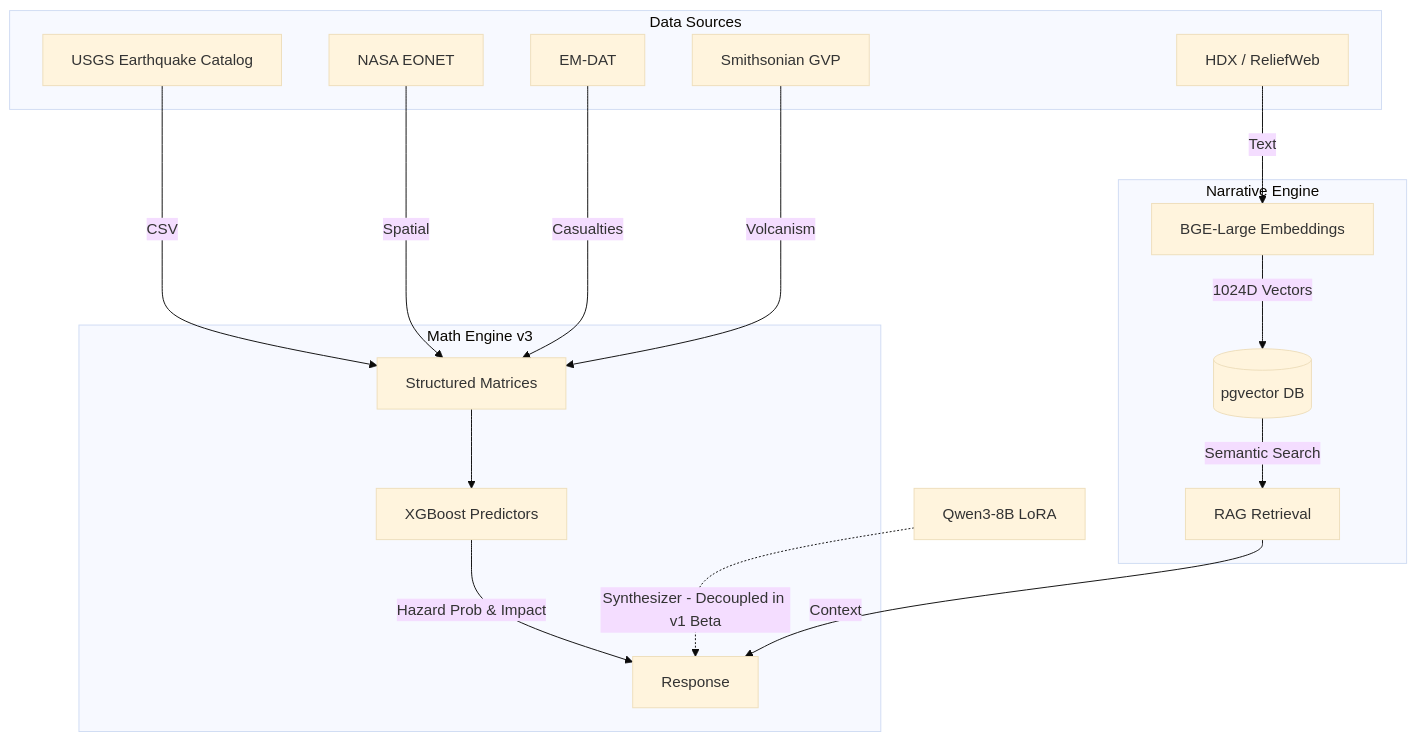
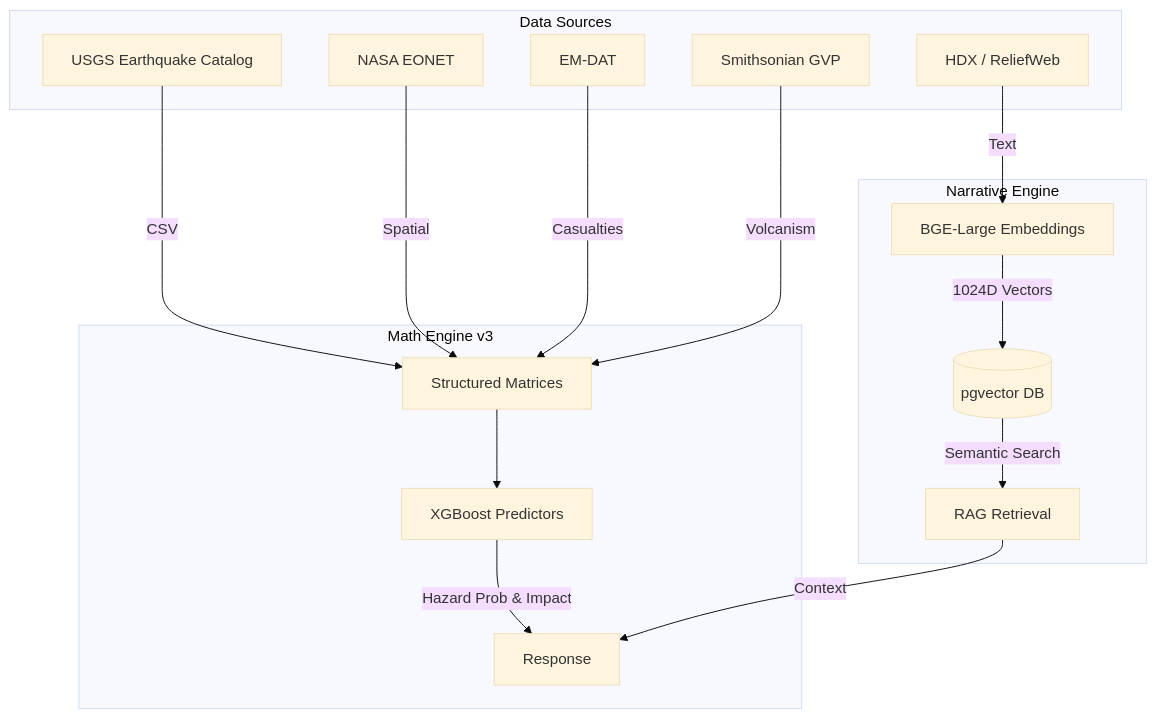
Before and after one commit to divyanshailani/calamity-matrix-core: the first of 2 diagrams in README.md, drawn with Mermaid (base theme). The commit also changed other lines of this file, not shown here.

Commit message:
docs: Fix architecture diagrams to reflect decoupled LLM and external Supabase

````diff
--- a/README.md
+++ b/README.md
@@ -41,28 +41,26 @@
 ```mermaid
 graph TD
     subgraph Data Sources
         USGS[USGS Earthquake Catalog]
         NASA[NASA EONET]
         EMDAT[EM-DAT]
         GVP[Smithsonian GVP]
         HDX[HDX / ReliefWeb]
     end
 
     subgraph Math Engine v3
         USGS -->|CSV| Matrices[Structured Matrices]
         NASA -->|Spatial| Matrices
         EMDAT -->|Casualties| Matrices
         GVP -->|Volcanism| Matrices
         Matrices --> XGBoost[XGBoost Predictors]
         XGBoost -->|Hazard Prob & Impact| Output[Response]
     end
 
     subgraph Narrative Engine
         HDX -->|Text| BGE[BGE-Large Embeddings]
         BGE -->|1024D Vectors| PGVector[(pgvector DB)]
         PGVector -->|Semantic Search| RAG[RAG Retrieval]
         RAG -->|Context| Output
     end
-    
-    Qwen[Qwen3-8B LoRA] -.->|Synthesizer - Decoupled in v1 Beta| Output
 ```
````
